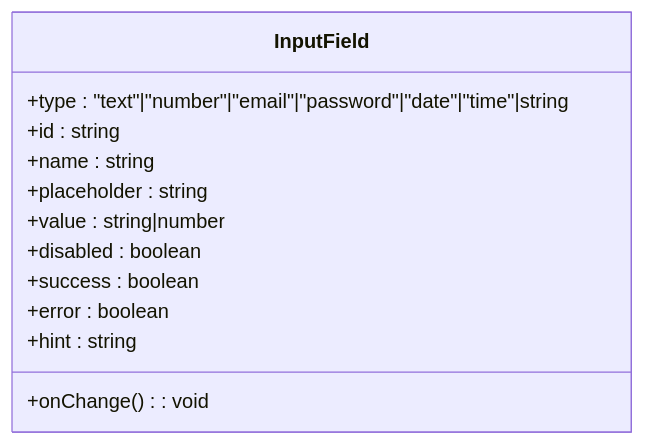
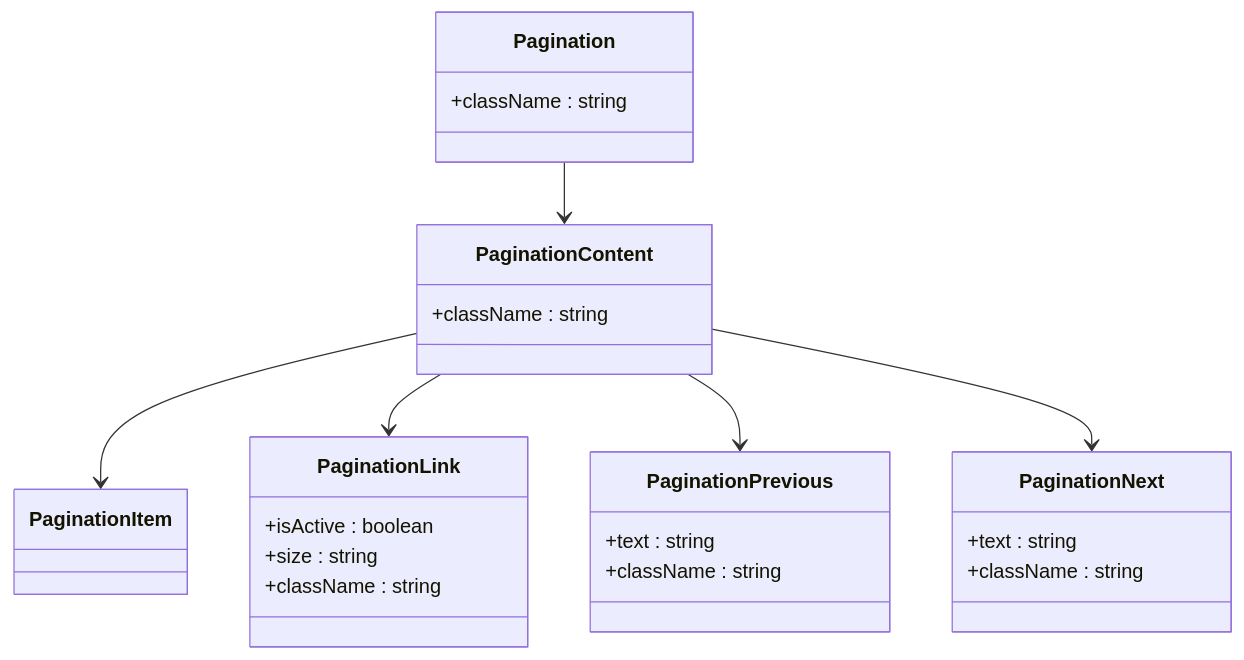
One commit to HAOFUYANG/nextjs-admin changed the seventh of 8 diagrams in .qoder/repowiki/zh/content/UI 组件库/UI 组件库.md. Above: the diagram before and after it, drawn with Mermaid. The commit also changed other lines of this file and 4 other files, not shown here.

````diff
--- a/.qoder/repowiki/zh/content/UI 组件库/UI 组件库.md
+++ b/.qoder/repowiki/zh/content/UI 组件库/UI 组件库.md
@@ -515,15 +377,27 @@
 ```mermaid
 classDiagram
-class InputField {
-+type : "text"|"number"|"email"|"password"|"date"|"time"|string
-+id : string
-+name : string
-+placeholder : string
-+value : string|number
-+onChange() : void
-+disabled : boolean
-+success : boolean
-+error : boolean
-+hint : string
+class Pagination {
++className : string
 }
+class PaginationContent {
++className : string
+}
+class PaginationLink {
++isActive : boolean
++size : string
++className : string
+}
+class PaginationPrevious {
++text : string
++className : string
+}
+class PaginationNext {
++text : string
++className : string
+}
+Pagination --> PaginationContent
+PaginationContent --> PaginationItem
+PaginationContent --> PaginationLink
+PaginationContent --> PaginationPrevious
+PaginationContent --> PaginationNext
 ```
````
